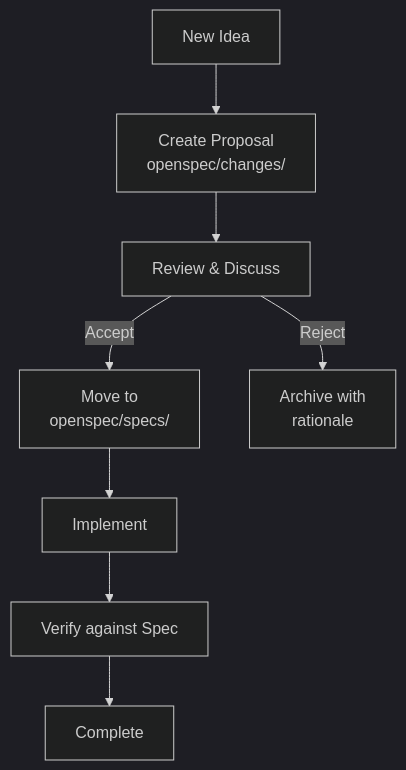
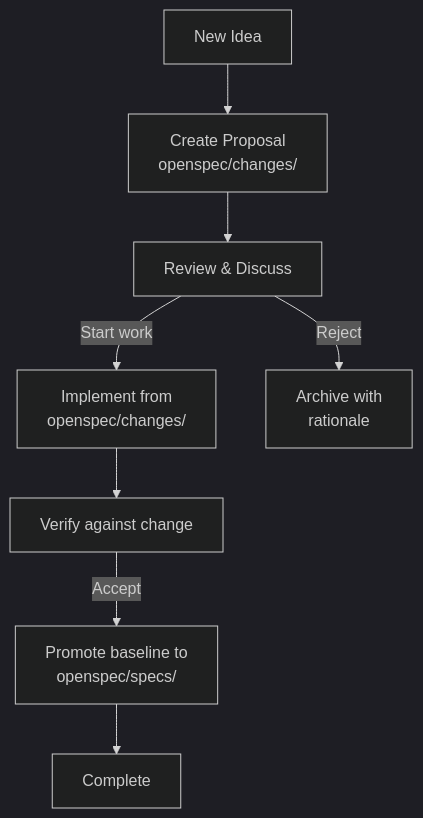
The fifth of 5 diagrams in docs/en/architecture.md (LessUp/modern-ai-kernels), drawn with Mermaid (dark theme) before and after one commit. The commit also changed other lines of this file and 47 other files, not shown here.

````diff
--- a/docs/en/architecture.md
+++ b/docs/en/architecture.md
@@ -223,10 +217,10 @@
 ```mermaid
 flowchart TB
     IDEA["New Idea"] --> PROPOSAL["Create Proposal<br/>openspec/changes/"]
     PROPOSAL --> REVIEW["Review & Discuss"]
-    REVIEW -->|"Accept"| SPEC["Move to<br/>openspec/specs/"]
+    REVIEW -->|"Start work"| IMPL["Implement from<br/>openspec/changes/"]
     REVIEW -->|"Reject"| ARCHIVE["Archive with<br/>rationale"]
-    SPEC --> IMPL["Implement"]
-    IMPL --> VERIFY["Verify against Spec"]
-    VERIFY --> DONE["Complete"]
+    IMPL --> VERIFY["Verify against change"]
+    VERIFY -->|"Accept"| SPEC["Promote baseline to<br/>openspec/specs/"]
+    SPEC --> DONE["Complete"]
 ```
````
